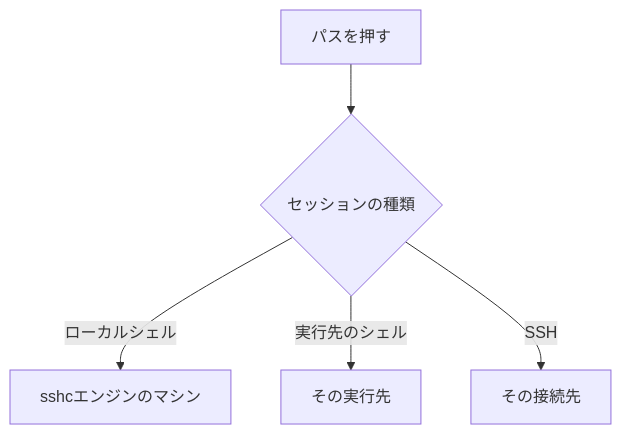
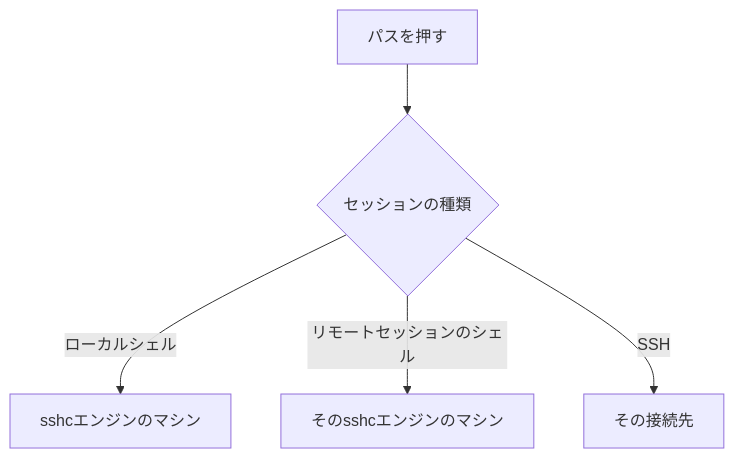
One commit to aida0710/sshc changed the fifth of 5 diagrams in pages/features/terminal.md. Above: the diagram before and after it, drawn with Mermaid. The commit also changed other lines of this file and 65 other files, not shown here.

````diff
--- a/pages/features/terminal.md
+++ b/pages/features/terminal.md
@@ -322,7 +322,7 @@
 ```mermaid
 flowchart TD
   press["パスを押す"] --> kind{"セッションの種類"}
   kind -- ローカルシェル --> engine["sshcエンジンのマシン"]
-  kind -- 実行先のシェル --> target["その実行先"]
+  kind -- リモートセッションのシェル --> target["そのsshcエンジンのマシン"]
   kind -- SSH --> host["その接続先"]
 ```
````
